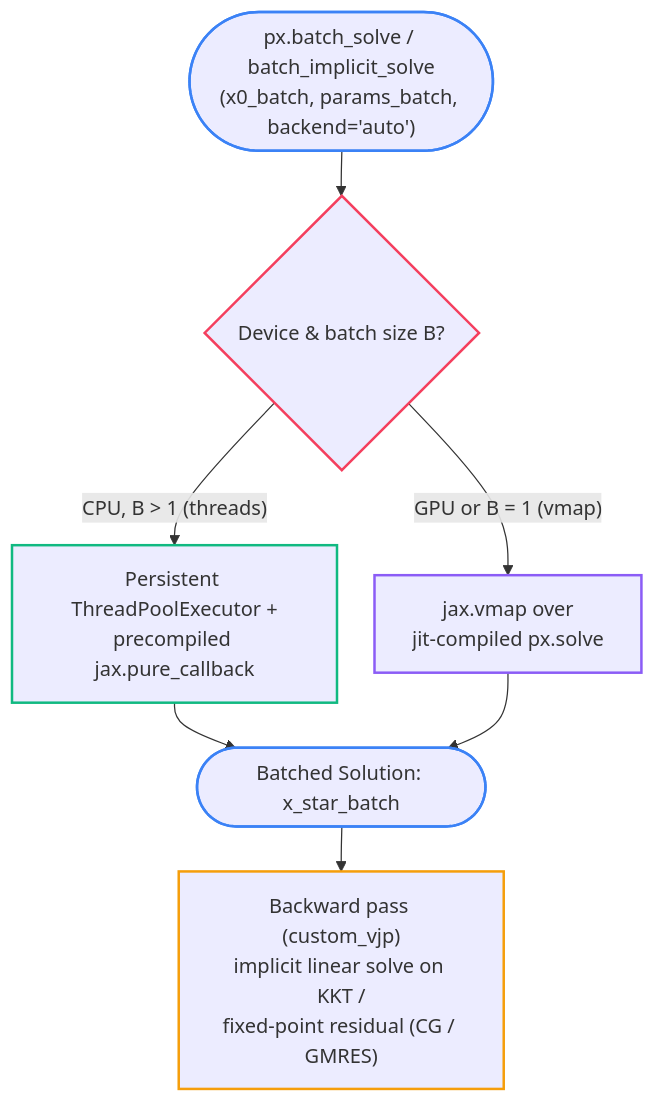
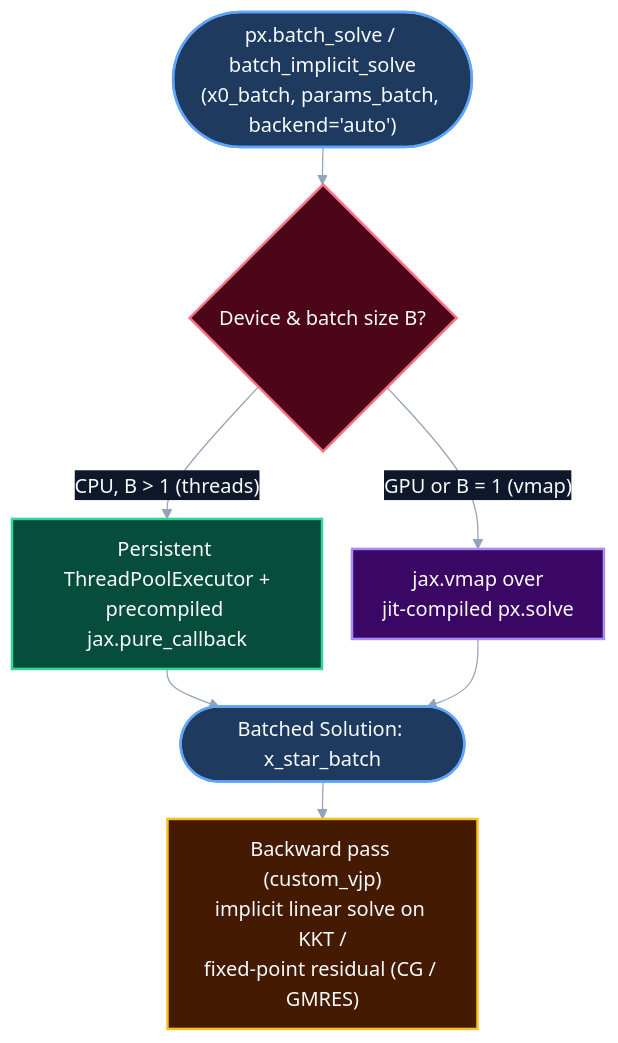
Before and after one commit to wwkong/proxax: the fourth of 4 diagrams in docs/appendices/software_architecture.md, drawn with Mermaid. The commit also changed other lines of this file and 2 other files, not shown here.

Commit message:
Use high-contrast Mermaid themeVariables and single-line subgraph titles

````diff
--- a/docs/appendices/software_architecture.md
+++ b/docs/appendices/software_architecture.md
@@ -166,21 +167,21 @@
 ```{mermaid}
-%%{init: {'flowchart': {'curve': 'basis', 'nodeSpacing': 30, 'rankSpacing': 36}}}%%
+%%{init: {'theme': 'base', 'flowchart': {'curve': 'basis', 'nodeSpacing': 24, 'rankSpacing': 30, 'padding': 12}, 'themeVariables': {'darkMode': true, 'background': 'transparent', 'primaryColor': '#1e293b', 'primaryTextColor': '#f8fafc', 'primaryBorderColor': '#60a5fa', 'lineColor': '#94a3b8', 'textColor': '#f8fafc', 'edgeLabelBackground': '#0f172a'}}}%%
 flowchart TB
-    classDef io stroke:#3b82f6,stroke-width:2px
-    classDef decision stroke:#f43f5e,stroke-width:2px
-    classDef cpu stroke:#10b981,stroke-width:2px
-    classDef gpu stroke:#8b5cf6,stroke-width:2px
-    classDef bwd stroke:#f59e0b,stroke-width:2px
+    classDef io fill:#1e3a5f,stroke:#60a5fa,color:#f8fafc,stroke-width:2px
+    classDef decision fill:#4c0519,stroke:#fb7185,color:#f8fafc,stroke-width:2px
+    classDef cpu fill:#064e3b,stroke:#34d399,color:#f8fafc,stroke-width:2px
+    classDef gpu fill:#3b0764,stroke:#a78bfa,color:#f8fafc,stroke-width:2px
+    classDef bwd fill:#451a03,stroke:#fbbf24,color:#f8fafc,stroke-width:2px
 
     B_IN(["px.batch_solve / batch_implicit_solve<br/>(x0_batch, params_batch, backend='auto')"]):::io
     DEV{"Device & batch size B?"}:::decision
     THR["Persistent ThreadPoolExecutor +<br/>precompiled jax.pure_callback"]:::cpu
     VMAP["jax.vmap over<br/>jit-compiled px.solve"]:::gpu
     FWD(["Batched Solution: x_star_batch"]):::io
     BWD["Backward pass (custom_vjp)<br/>implicit linear solve on KKT /<br/>fixed-point residual (CG / GMRES)"]:::bwd
 
     B_IN --> DEV
     DEV -->|"CPU, B > 1 (threads)"| THR --> FWD
     DEV -->|"GPU or B = 1 (vmap)"| VMAP --> FWD
     FWD --> BWD
 ```
````
